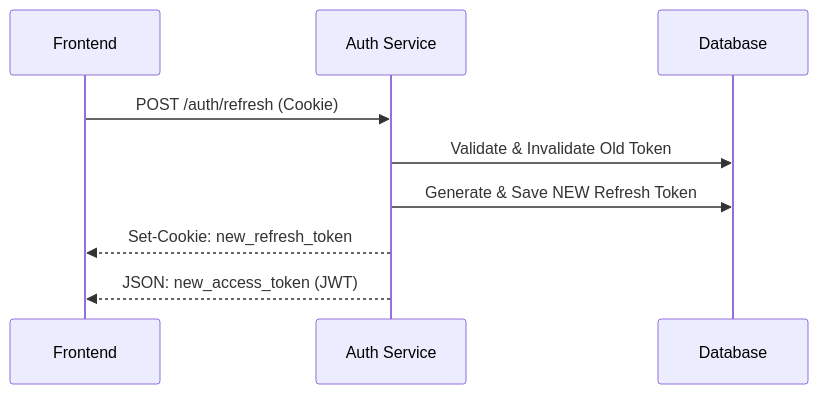
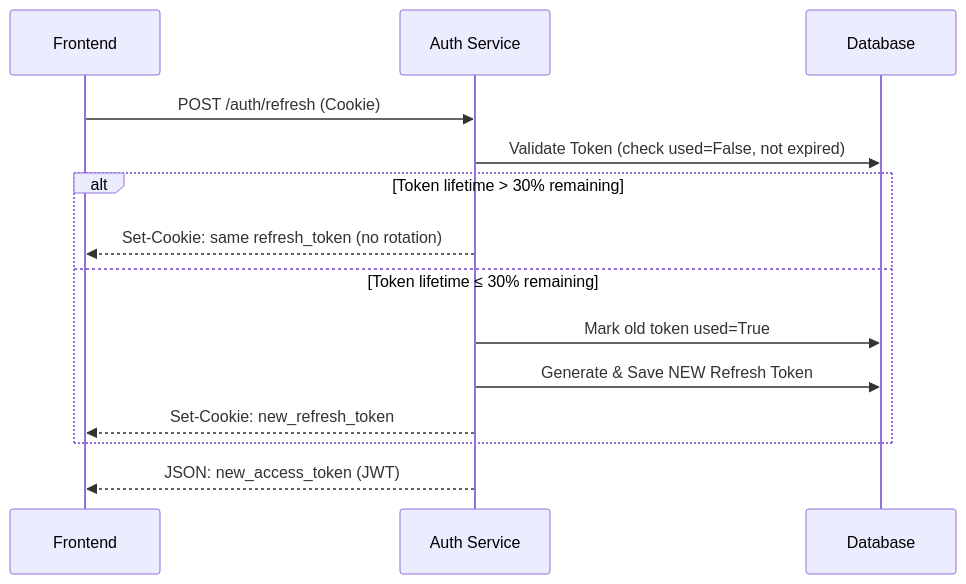
Before and after one commit to Avneesh11905/Fastapi_OAuth_Backend: the fourth of 4 diagrams in README.md, drawn with Mermaid. The commit also changed other lines of this file and 41 other files, not shown here.

First line of the commit message:
feat(auth): comprehensive security audit implementation and architecture refinements

````diff
--- a/README.md
+++ b/README.md
@@ -291,12 +298,17 @@
 ```mermaid
 sequenceDiagram
     participant Frontend
     participant AuthAPI as Auth Service
     participant Database
     
     Frontend->>AuthAPI: POST /auth/refresh (Cookie)
-    AuthAPI->>Database: Validate & Invalidate Old Token
-    AuthAPI->>Database: Generate & Save NEW Refresh Token
-    AuthAPI-->>Frontend: Set-Cookie: new_refresh_token
+    AuthAPI->>Database: Validate Token (check used=False, not expired)
+    alt Token lifetime > 30% remaining
+        AuthAPI-->>Frontend: Set-Cookie: same refresh_token (no rotation)
+    else Token lifetime ≤ 30% remaining
+        AuthAPI->>Database: Mark old token used=True
+        AuthAPI->>Database: Generate & Save NEW Refresh Token
+        AuthAPI-->>Frontend: Set-Cookie: new_refresh_token
+    end
     AuthAPI-->>Frontend: JSON: new_access_token (JWT)
 ```
````
